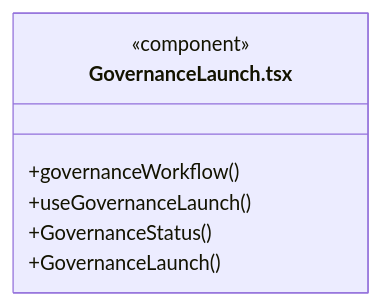
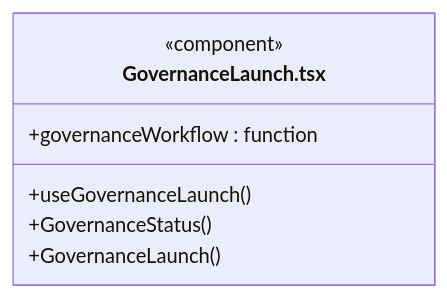
One commit to nan023062/cbim changed the fourth of 16 diagrams in src/view/knowledge/ARCHITECTURE.md. Above: the diagram before and after it, drawn with Mermaid. The commit also changed other lines of this file and 137 other files, not shown here.

Commit message:
fix: align architecture generator with documentation standards

````diff
--- a/src/view/knowledge/ARCHITECTURE.md
+++ b/src/view/knowledge/ARCHITECTURE.md
@@ -176,10 +182,10 @@
 ```mermaid
 classDiagram
 class N_src_view_knowledge_GovernanceLaunch_tsx["GovernanceLaunch.tsx"] {
   <<component>>
-  +governanceWorkflow()
   +useGovernanceLaunch()
   +GovernanceStatus()
   +GovernanceLaunch()
+  +governanceWorkflow : function
 }
 ```
````
